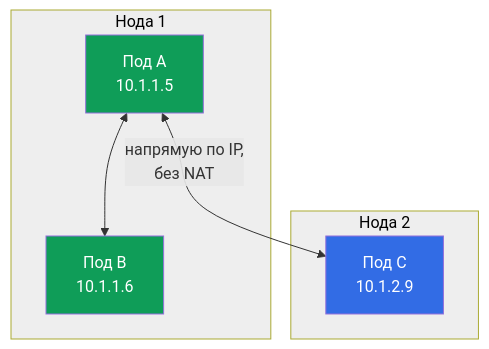
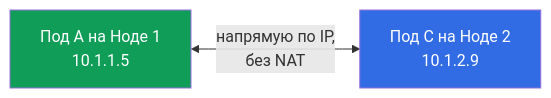
One commit to ViktorUJ/cks changed the second of 7 diagrams in tasks/cka/course/30/ru.md. Above: the diagram before and after it, drawn with Mermaid. The commit also changed other lines of this file and 30 other files, not shown here.

````diff
--- a/tasks/cka/course/30/ru.md
+++ b/tasks/cka/course/30/ru.md
@@ -31,17 +31,6 @@
 ```mermaid
-flowchart TB
-    subgraph N1["Нода 1"]
-        pa["Под A<br>10.1.1.5"]
-        pb["Под B<br>10.1.1.6"]
-    end
-    subgraph N2["Нода 2"]
-        pc["Под C<br>10.1.2.9"]
-    end
-    pa <-->|"напрямую по IP,<br>без NAT"| pc
-    pa <--> pb
-    style N1 fill:#eeeeee,color:#000
-    style N2 fill:#eeeeee,color:#000
+flowchart LR
+    pa["Под A на Ноде 1<br>10.1.1.5"] <-->|"напрямую по IP,<br>без NAT"| pc["Под C на Ноде 2<br>10.1.2.9"]
     style pa fill:#0f9d58,color:#fff
-    style pb fill:#0f9d58,color:#fff
     style pc fill:#326ce5,color:#fff
 ```
````
